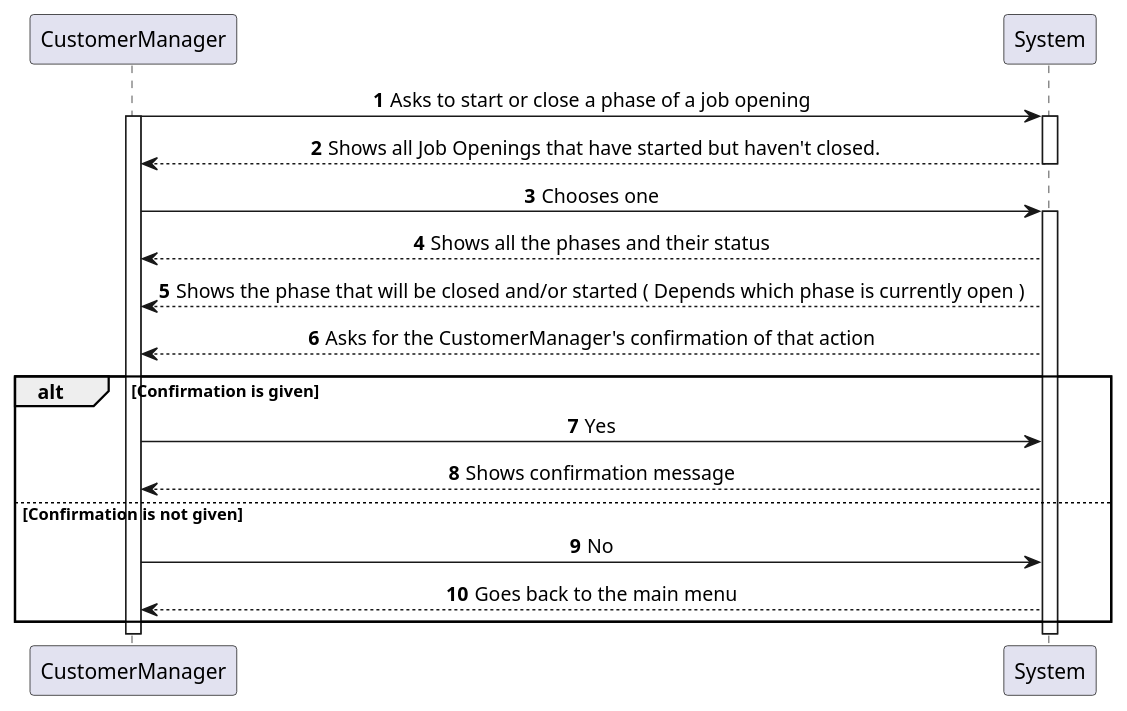
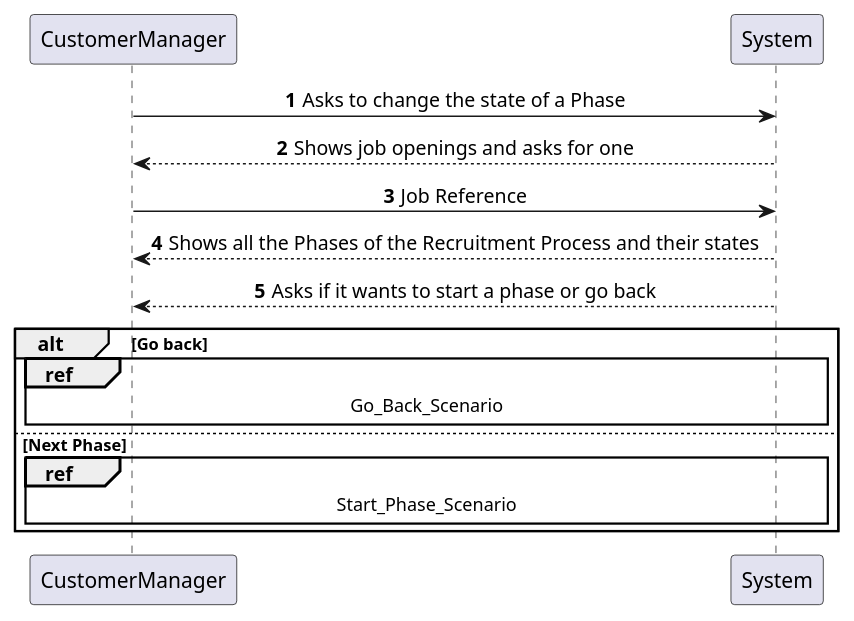
Before and after one commit to rita-barbosa/LAPR4-2324: the diagram in docs/sprint-c/us_1010/System Sequence Diagram/Helpful-System-Sequence-Diagram.puml, drawn with PlantUML. The commit also changed 7 other files, not shown here.

```diff
--- a/docs/sprint-c/us_1010/System Sequence Diagram/Helpful-System-Sequence-Diagram.puml
+++ b/docs/sprint-c/us_1010/System Sequence Diagram/Helpful-System-Sequence-Diagram.puml
@@ -1,43 +1,29 @@
 @startuml
 'https://plantuml.com/sequence-diagram
 
 autonumber
 
 skinparam sequenceMessageAlign center
 
-    CustomerManager -> System: Asks to start or close a phase of a job opening
+    CustomerManager -> System : Asks to change the state of a Phase
 
-    Activate CustomerManager
+    System --> CustomerManager : Shows job openings and asks for one
 
-    Activate System
+    CustomerManager -> System : Job Reference
 
-    System --> CustomerManager: Shows all Job Openings that have started but haven't closed.
+    System --> CustomerManager : Shows all the Phases of the Recruitment Process and their states
 
-    Deactivate System
+    System --> CustomerManager : Asks if it wants to start a phase or go back
 
-    CustomerManager -> System: Chooses one
+    alt Go back
 
-    Activate System
+        ref over CustomerManager, System : Go_Back_Scenario
 
-    System --> CustomerManager: Shows all the phases and their status
+    else Next Phase
 
-    System --> CustomerManager: Shows the phase that will be closed and/or started ( Depends which phase is currently open )
+        ref over CustomerManager, System : Start_Phase_Scenario
 
-    System --> CustomerManager: Asks for the CustomerManager's confirmation of that action
-
-    alt Confirmation is given
-
-        CustomerManager -> System: Yes
-
-        System --> CustomerManager: Shows confirmation message
-
-    else Confirmation is not given
-
-            CustomerManager -> System: No
-
-            System --> CustomerManager: Goes back to the main menu
 
     end
 
-
 @enduml
```
